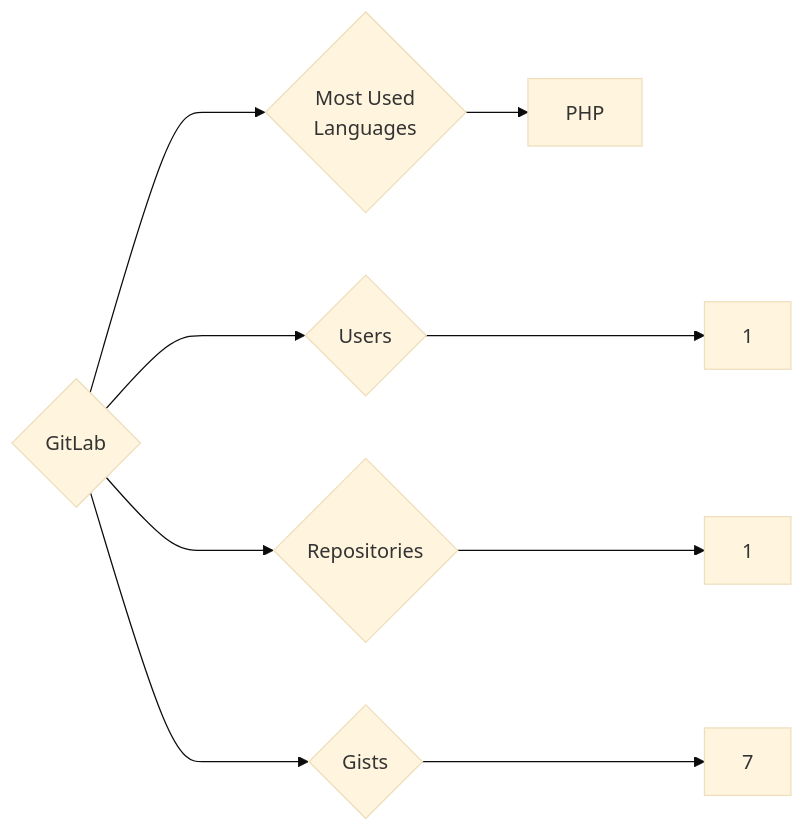
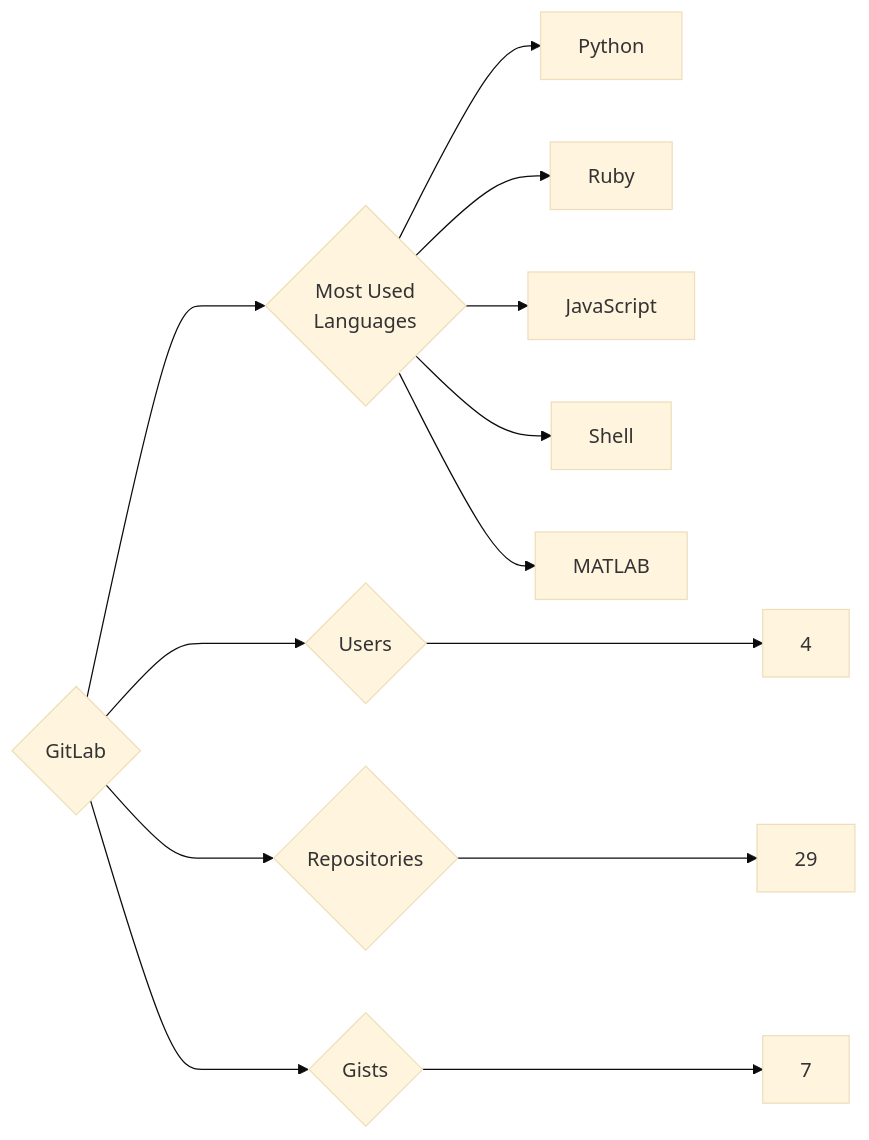
One commit to trickest/insiders changed the diagram in targets/GitLab/README.md. Above: the diagram before and after it, drawn with Mermaid (base theme). The commit also changed 865 other files, not shown here.

````diff
--- a/targets/GitLab/README.md
+++ b/targets/GitLab/README.md
@@ -3,9 +3,13 @@
 ```mermaid
 graph LR
 COMPANY_NAME{GitLab}
-COMPANY_NAME ---> U{Users} ---> UN[1]
-COMPANY_NAME ---> R{Repositories} ---> RN[1]
+COMPANY_NAME ---> U{Users} ---> UN[4]
+COMPANY_NAME ---> R{Repositories} ---> RN[29]
 COMPANY_NAME ---> G{Gists} ---> GN[7]
 COMPANY_NAME ---> ML{Most Used<br>Languages}
-ML --> PHP[PHP]
+ML --> Python[Python]
+ML --> Ruby[Ruby]
+ML --> JavaScript[JavaScript]
+ML --> Shell[Shell]
+ML --> MATLAB[MATLAB]
 ```
````
